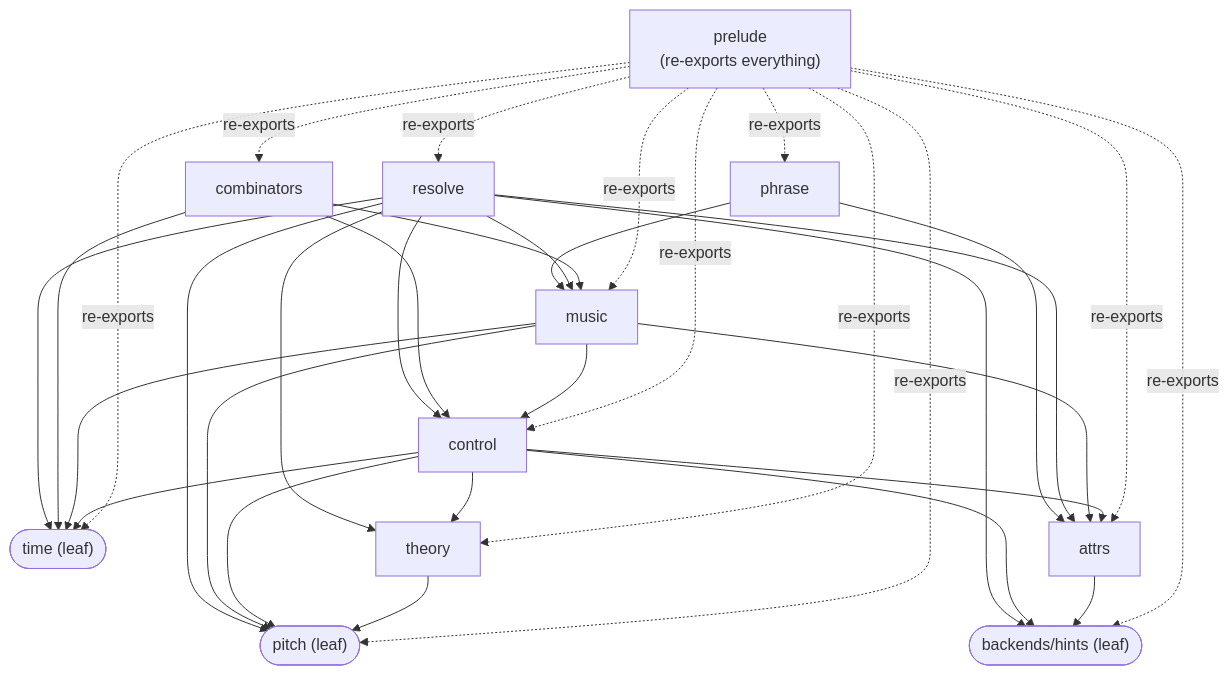
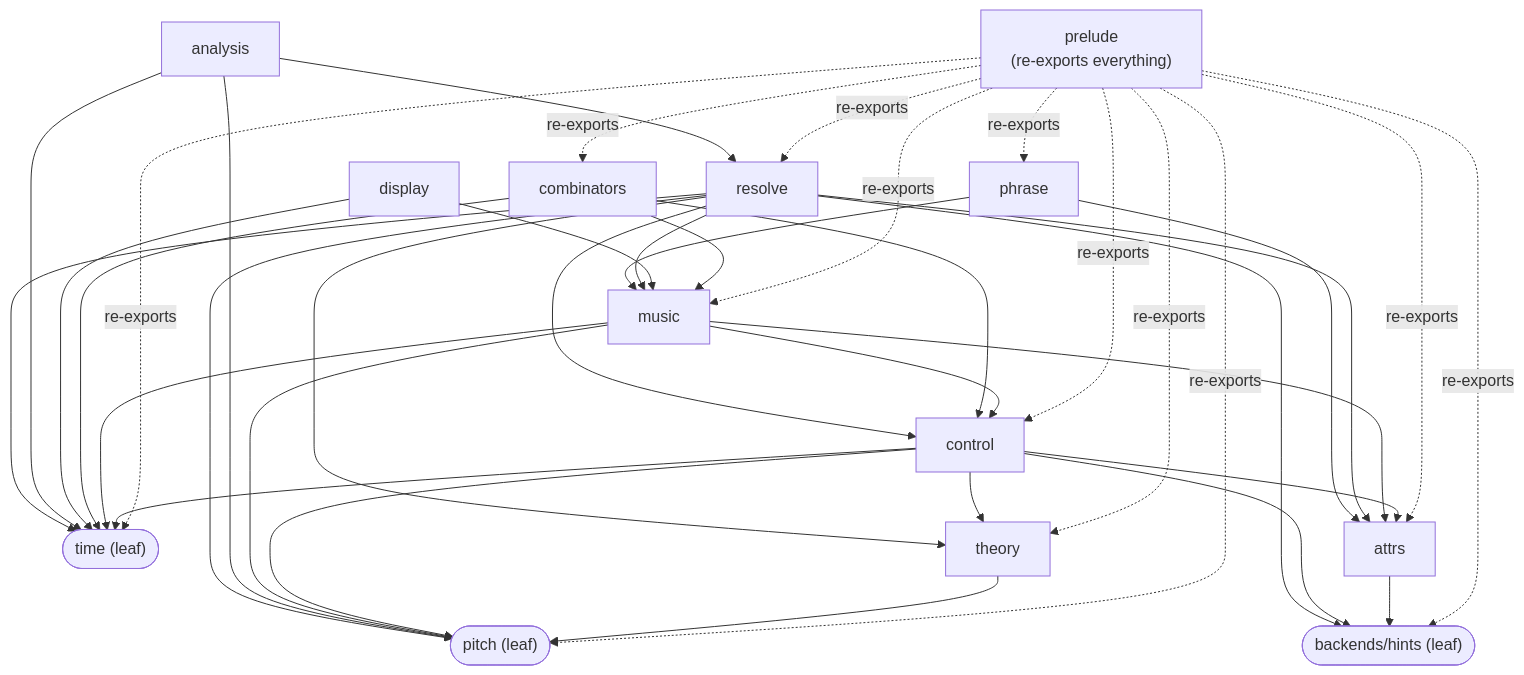
Before and after one commit to Soushi888/music-as-code: the first of 2 diagrams in docs/ARCHITECTURE.md, drawn with Mermaid. The commit also changed other lines of this file and 2 other files, not shown here.

Commit message:
docs: add display and analysis to API.md, ARCHITECTURE.md and CLAUDE.md

````diff
--- a/docs/ARCHITECTURE.md
+++ b/docs/ARCHITECTURE.md
@@ -9,18 +9,20 @@
 ```mermaid
 graph TD
     prelude["prelude<br/>(re-exports everything)"]
 
     pitch(["pitch (leaf)"])
     time(["time (leaf)"])
     hints(["backends/hints (leaf)"])
 
     prelude -.->|re-exports| pitch & time & hints & attrs & theory & control & music & combinators & resolve & phrase
 
     attrs --> hints
     theory --> pitch
     control --> pitch & time & attrs & theory & hints
     music --> pitch & time & attrs & control
     combinators --> music & control & time
+    display --> music & time
+    analysis --> resolve & pitch & time
     resolve --> music & control & theory & pitch & time & attrs & hints
     phrase --> music & attrs
 ```
````
